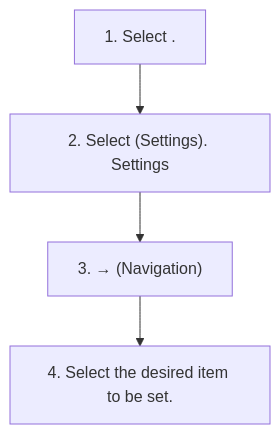
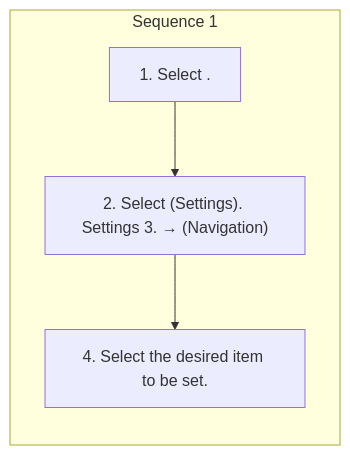
The diagram in workspace/subaru/ascent-2026/ivi/published/navigation-system-if-equipped/18-navigation-settings.md (Chieko-Y/my-spec-generator), drawn with Mermaid before and after one commit. The commit also changed other lines of this file and 268 other files, not shown here.

````diff
--- a/workspace/subaru/ascent-2026/ivi/published/navigation-system-if-equipped/18-navigation-settings.md
+++ b/workspace/subaru/ascent-2026/ivi/published/navigation-system-if-equipped/18-navigation-settings.md
@@ -7,10 +7,11 @@
 ```mermaid
 flowchart TD
-    S1["1. Select ."]
-    S2["2. Select (Settings). Settings"]
-    S3["3. → (Navigation)"]
-    S4["4. Select the desired item to be set."]
-    S1 --> S2
-    S2 --> S3
-    S3 --> S4
+    subgraph SEQ1["Sequence 1"]
+    direction TB
+    S1_1["1. Select ."]
+    S1_2["2. Select (Settings). Settings 3. → (Navigation)"]
+    S1_4["4. Select the desired item to be set."]
+    S1_1 --> S1_2
+    S1_2 --> S1_4
+    end
 ```
````
